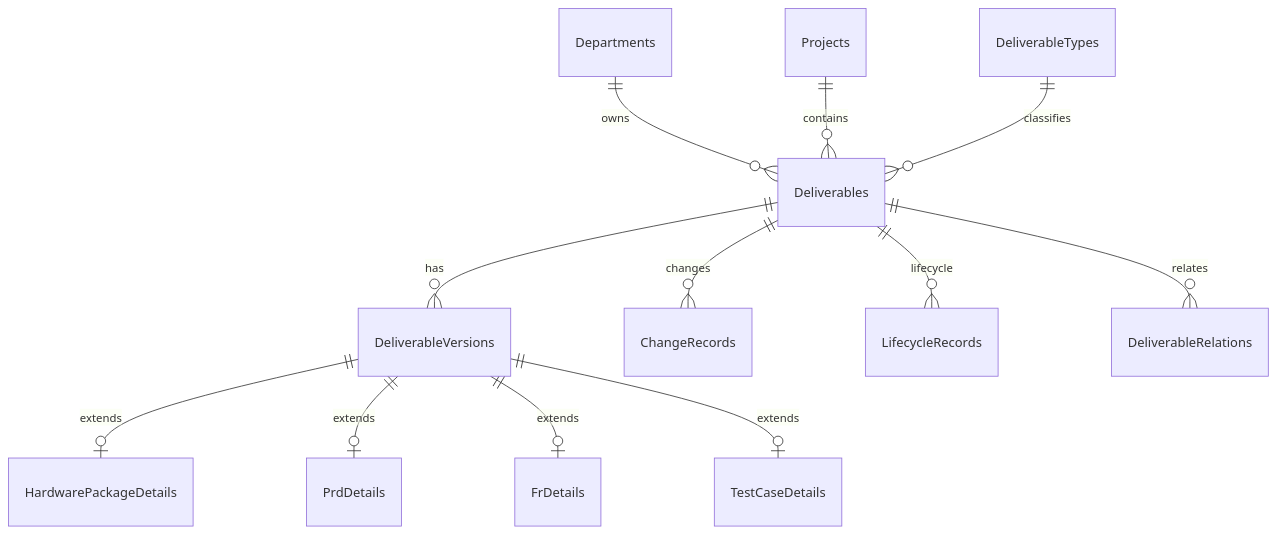
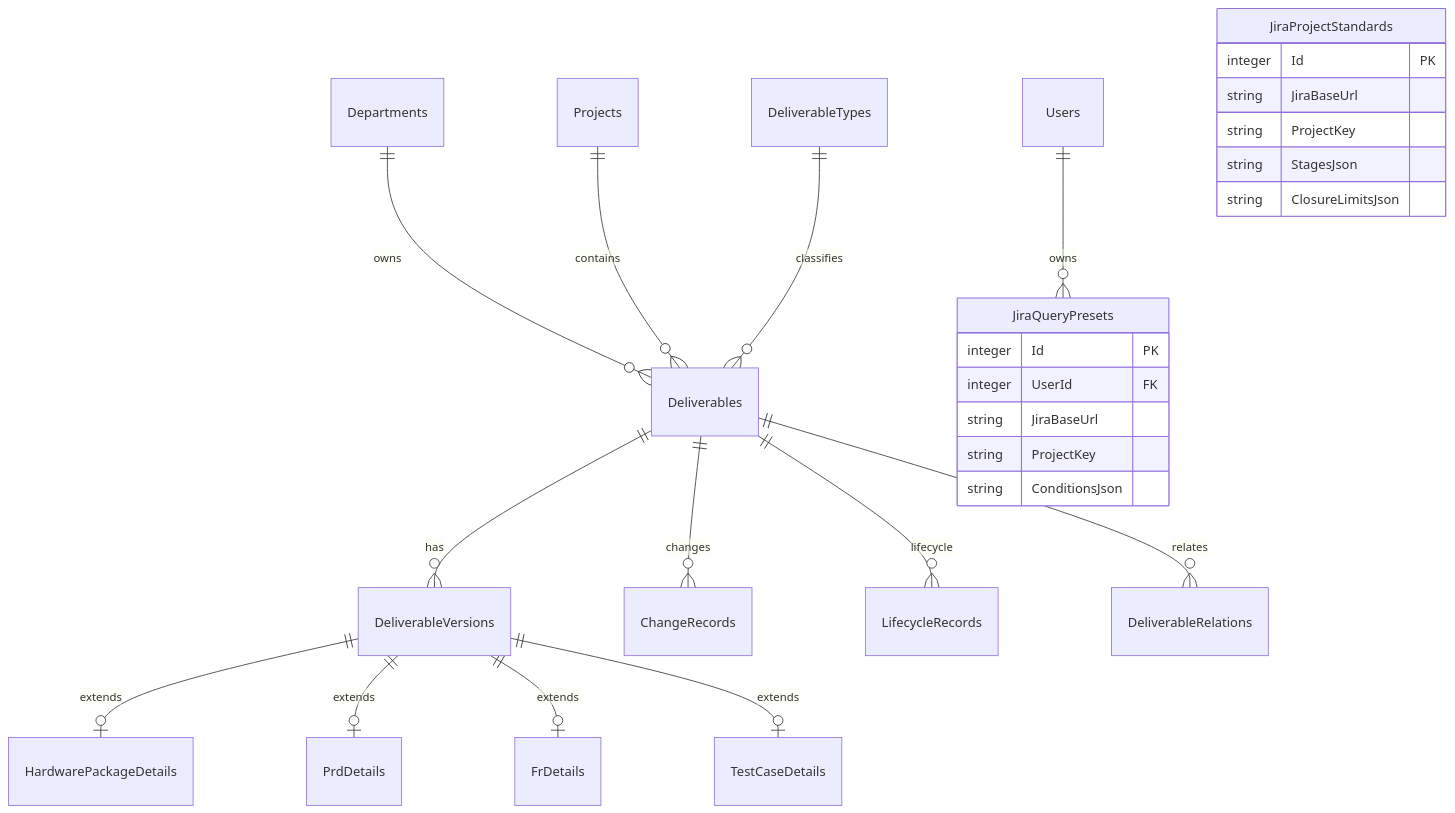
One commit to Nigori999/ad-deliverable-manager changed the diagram in docs/DATABASE_ER.md. Above: the diagram before and after it, drawn with Mermaid. The commit also changed 18 other files, not shown here.

````diff
--- a/docs/DATABASE_ER.md
+++ b/docs/DATABASE_ER.md
@@ -3,14 +3,29 @@
 ```mermaid
 erDiagram
   Departments ||--o{ Deliverables : owns
   Projects ||--o{ Deliverables : contains
   DeliverableTypes ||--o{ Deliverables : classifies
   Deliverables ||--o{ DeliverableVersions : has
   DeliverableVersions ||--o| HardwarePackageDetails : extends
   DeliverableVersions ||--o| PrdDetails : extends
   DeliverableVersions ||--o| FrDetails : extends
   DeliverableVersions ||--o| TestCaseDetails : extends
   Deliverables ||--o{ ChangeRecords : changes
   Deliverables ||--o{ LifecycleRecords : lifecycle
   Deliverables ||--o{ DeliverableRelations : relates
+  Users ||--o{ JiraQueryPresets : owns
+  JiraProjectStandards {
+    integer Id PK
+    string JiraBaseUrl
+    string ProjectKey
+    string StagesJson
+    string ClosureLimitsJson
+  }
+  JiraQueryPresets {
+    integer Id PK
+    integer UserId FK
+    string JiraBaseUrl
+    string ProjectKey
+    string ConditionsJson
+  }
 ```
````
